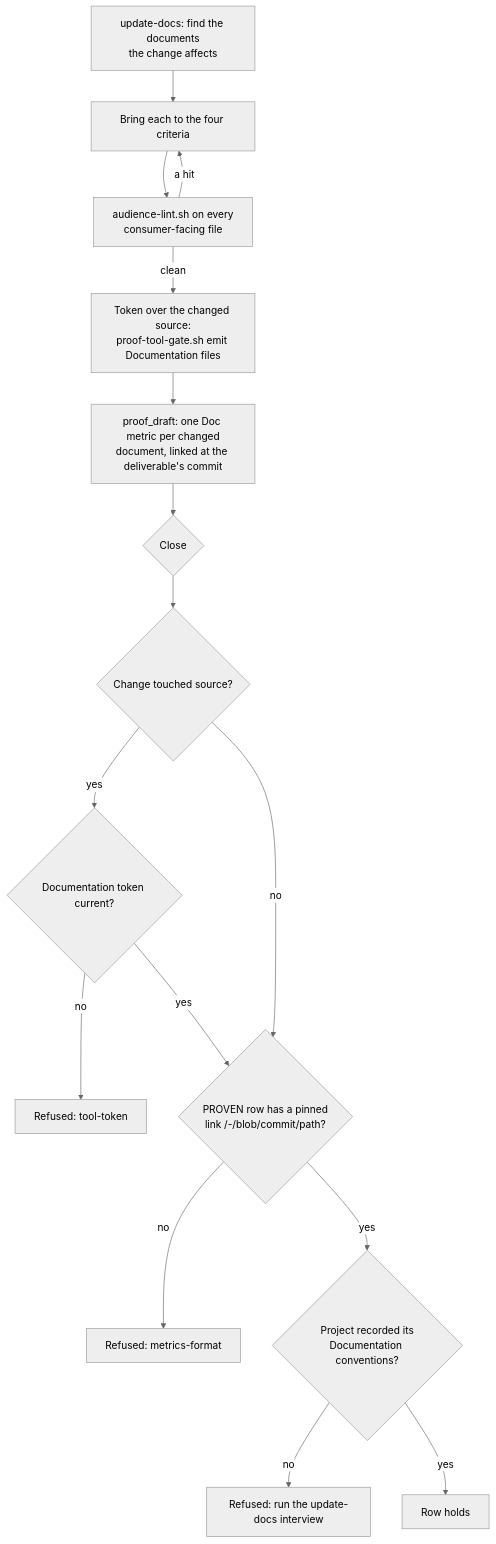
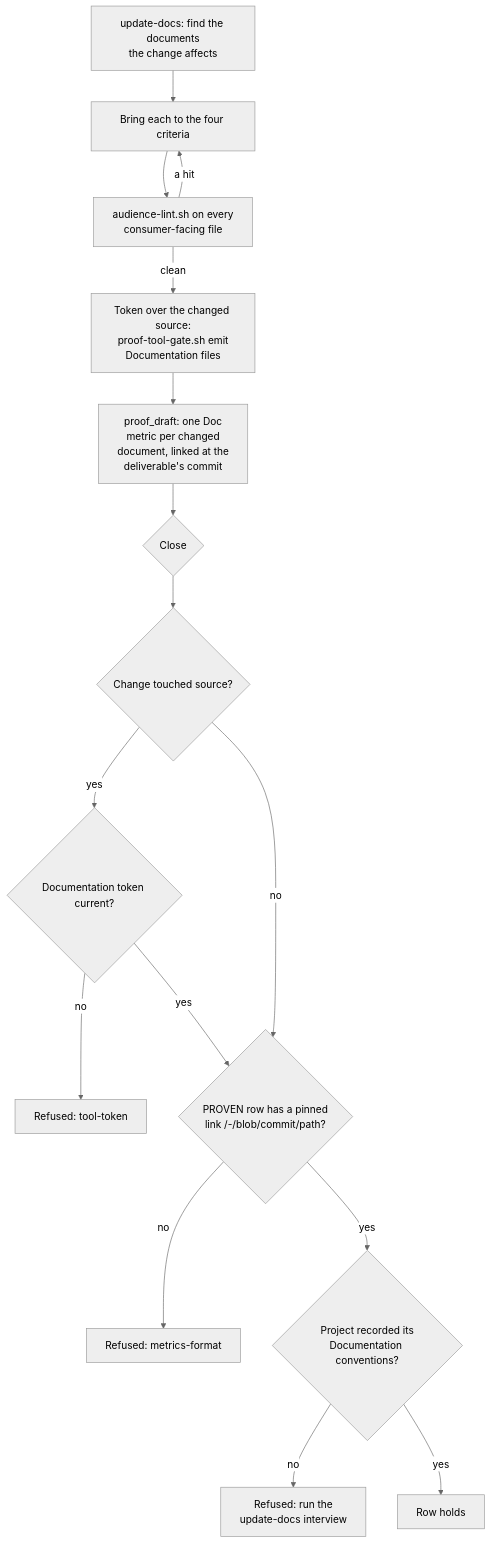
One commit to DogmaSolutions/Kyklos changed the diagram in docs/PROOF_DIMENSION_DOCUMENTATION.md. Above: the diagram before and after it, drawn with Mermaid (neutral theme). The commit also changed 38 other files, not shown here.

````diff
--- a/docs/PROOF_DIMENSION_DOCUMENTATION.md
+++ b/docs/PROOF_DIMENSION_DOCUMENTATION.md
@@ -42,18 +42,18 @@
 ```mermaid
 flowchart TD
     A["update-docs: find the documents<br/>the change affects"] --> B["Bring each to the four criteria"]
     B --> C["audience-lint.sh on every<br/>consumer-facing file"]
     C -- "a hit" --> B
-    C -- clean --> D["Token over the changed source:<br/>proof-tool-gate.sh emit Documentation files"]
-    D --> E["proof_draft: one Doc metric per changed<br/>document, linked at the deliverable's commit"]
+    C -- clean --> D["Token over the changed source:<br/>proof-tool-gate.sh emit<br/>Documentation files"]
+    D --> E["proof_draft: one Doc<br/>metric per changed<br/>document, linked at the<br/>deliverable's commit"]
     E --> F{"Close"}
     F --> G{"Change touched source?"}
     G -- yes --> H{"Documentation token current?"}
     H -- no --> X1["Refused: tool-token"]
     H -- yes --> I
     G -- no --> I{"PROVEN row has a pinned<br/>link /-/blob/commit/path?"}
     I -- no --> X2["Refused: metrics-format"]
     I -- yes --> J{"Project recorded its<br/>Documentation conventions?"}
-    J -- no --> X3["Refused: run the update-docs interview"]
+    J -- no --> X3["Refused: run the<br/>update-docs interview"]
     J -- yes --> OK["Row holds"]
 ```
````
